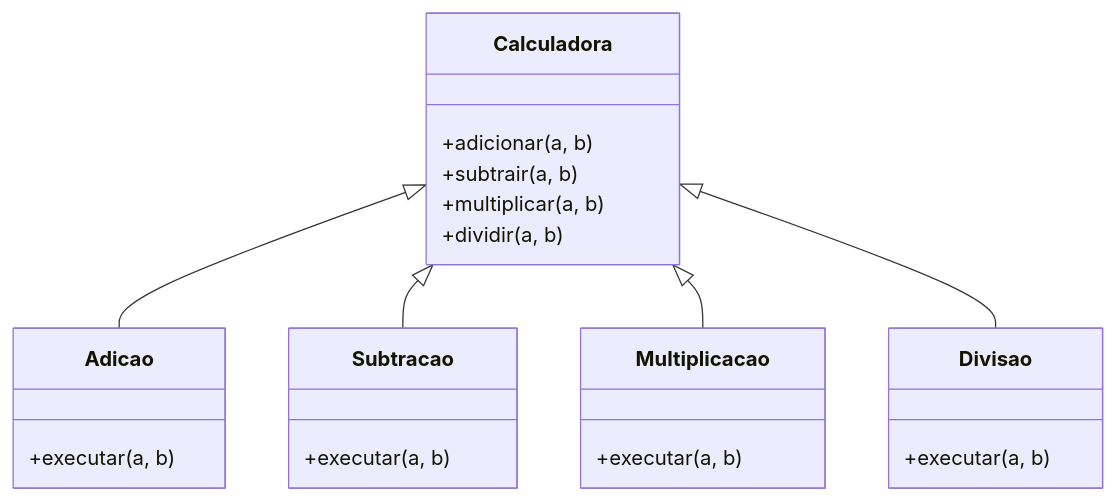
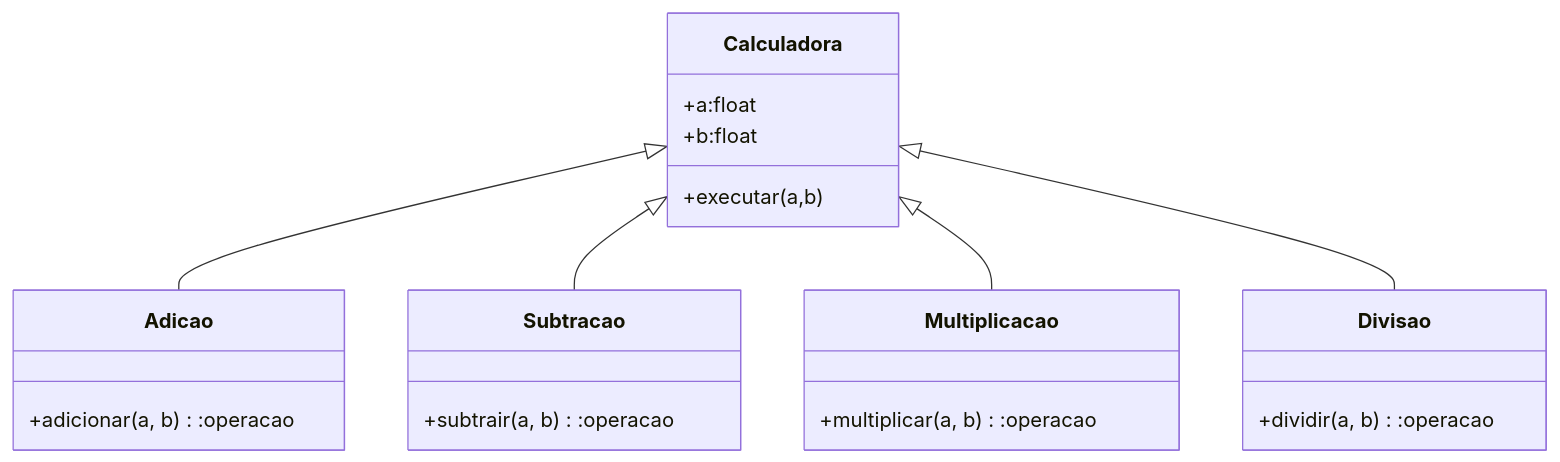
One commit to davifma/kanban changed the diagram in exemplos/classes-calculadoras.md. Above: the diagram before and after it, drawn with Mermaid.

````diff
--- a/exemplos/classes-calculadoras.md
+++ b/exemplos/classes-calculadoras.md
@@ -1,26 +1,25 @@
 ```mermaid
  classDiagram
     class Calculadora {
-        +adicionar(a, b)
-        +subtrair(a, b)
-        +multiplicar(a, b)
-        +dividir(a, b)
+      +a:float
+      +b:float
+      +executar(a,b)
     }
     class Adicao {
-        +executar(a, b)
+        +adicionar(a, b):operacao
     }
     class Subtracao {
-        +executar(a, b)
+        +subtrair(a, b):operacao
     }
     class Multiplicacao {
-        +executar(a, b)
+        +multiplicar(a, b):operacao
     }
     class Divisao {
-        +executar(a, b)
+        +dividir(a, b):operacao
     }
 
     Calculadora <|-- Adicao
     Calculadora <|-- Subtracao
     Calculadora <|-- Multiplicacao
     Calculadora <|-- Divisao
 ```
````
